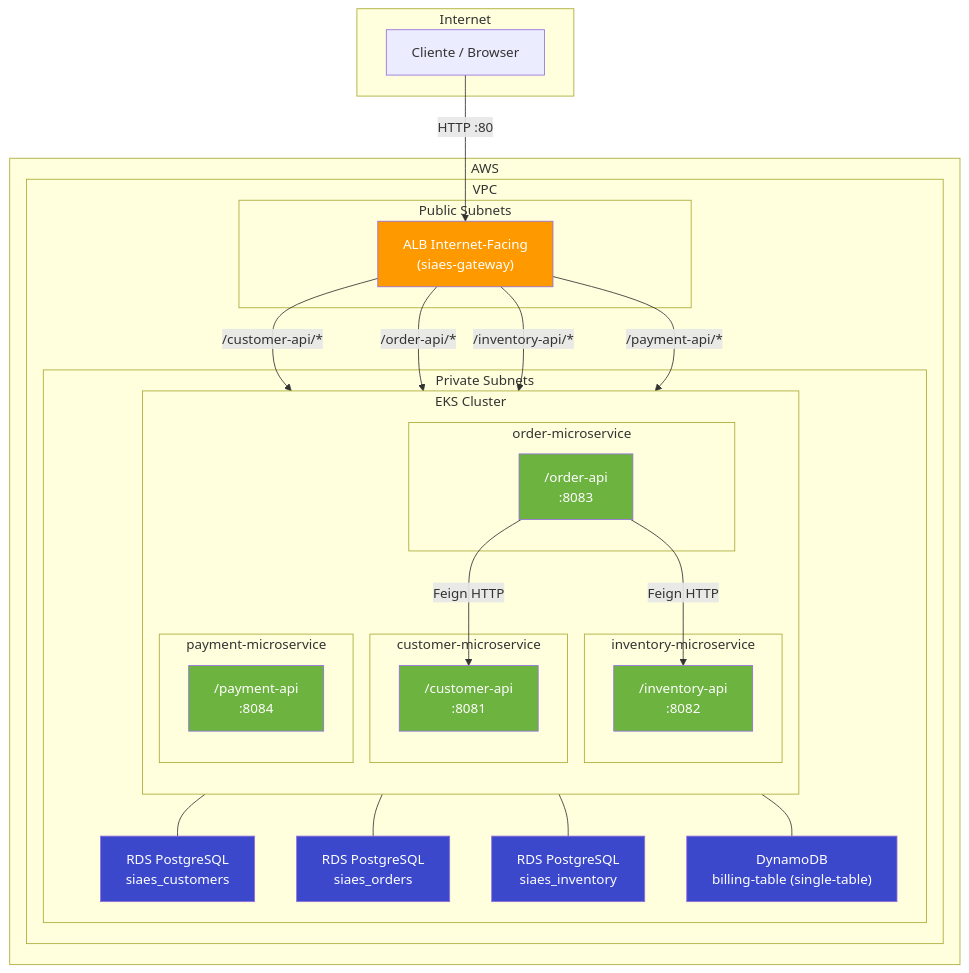
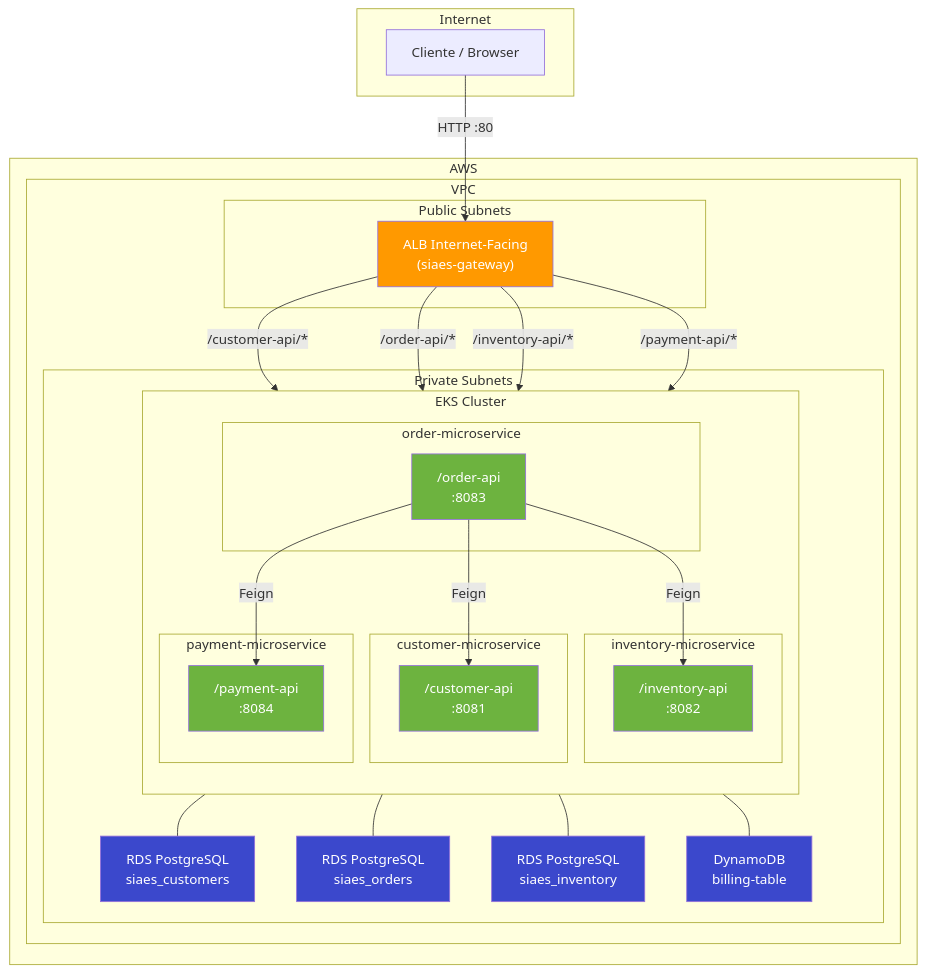
Before and after one commit to NullPointerXp/.github: the first of 7 diagrams in profile/README.md, drawn with Mermaid. The commit also changed other lines of this file, not shown here.

````diff
--- a/profile/README.md
+++ b/profile/README.md
@@ -65,65 +74,66 @@
 ```mermaid
 graph TB
     subgraph Internet
         Client[Cliente / Browser]
     end
 
     subgraph AWS
         subgraph VPC
             subgraph Public Subnets
                 ALB["ALB Internet-Facing<br/>(siaes-gateway)"]
             end
 
             subgraph Private Subnets
                 subgraph EKS Cluster
                     direction TB
 
                     subgraph customer-pod["customer-microservice"]
                         CS["/customer-api<br/>:8081"]
                     end
 
                     subgraph order-pod["order-microservice"]
                         OS["/order-api<br/>:8083"]
                     end
 
                     subgraph inventory-pod["inventory-microservice"]
                         IS["/inventory-api<br/>:8082"]
                     end
 
                     subgraph payment-pod["payment-microservice"]
                         PS["/payment-api<br/>:8084"]
                     end
                 end
 
                 RDS_C["RDS PostgreSQL<br/>siaes_customers"]
                 RDS_O["RDS PostgreSQL<br/>siaes_orders"]
                 RDS_I["RDS PostgreSQL<br/>siaes_inventory"]
-                DDB["DynamoDB<br/>billing-table (single-table)"]
+                DDB["DynamoDB<br/>billing-table"]
             end
         end
     end
 
     Client -->|"HTTP :80"| ALB
     ALB -->|"/customer-api/*"| CS
     ALB -->|"/order-api/*"| OS
     ALB -->|"/inventory-api/*"| IS
     ALB -->|"/payment-api/*"| PS
 
-    OS -->|"Feign HTTP"| CS
-    OS -->|"Feign HTTP"| IS
+    OS -->|"Feign"| CS
+    OS -->|"Feign"| IS
+    OS -->|"Feign"| PS
 
     CS --- RDS_C
     OS --- RDS_O
     IS --- RDS_I
     PS --- DDB
 
     style ALB fill:#FF9900,color:#fff
     style CS fill:#6DB33F,color:#fff
     style OS fill:#6DB33F,color:#fff
     style IS fill:#6DB33F,color:#fff
     style PS fill:#6DB33F,color:#fff
     style RDS_C fill:#3B48CC,color:#fff
     style RDS_O fill:#3B48CC,color:#fff
     style RDS_I fill:#3B48CC,color:#fff
     style DDB fill:#3B48CC,color:#fff
 ```
````
